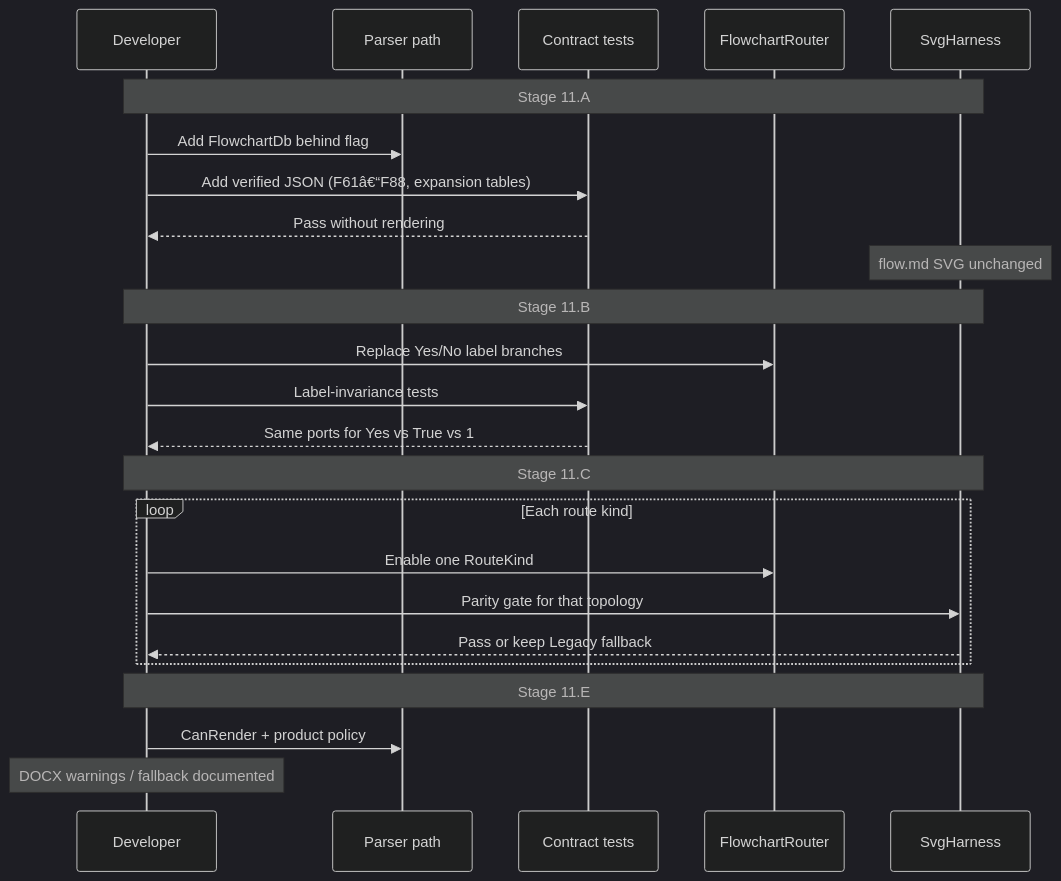
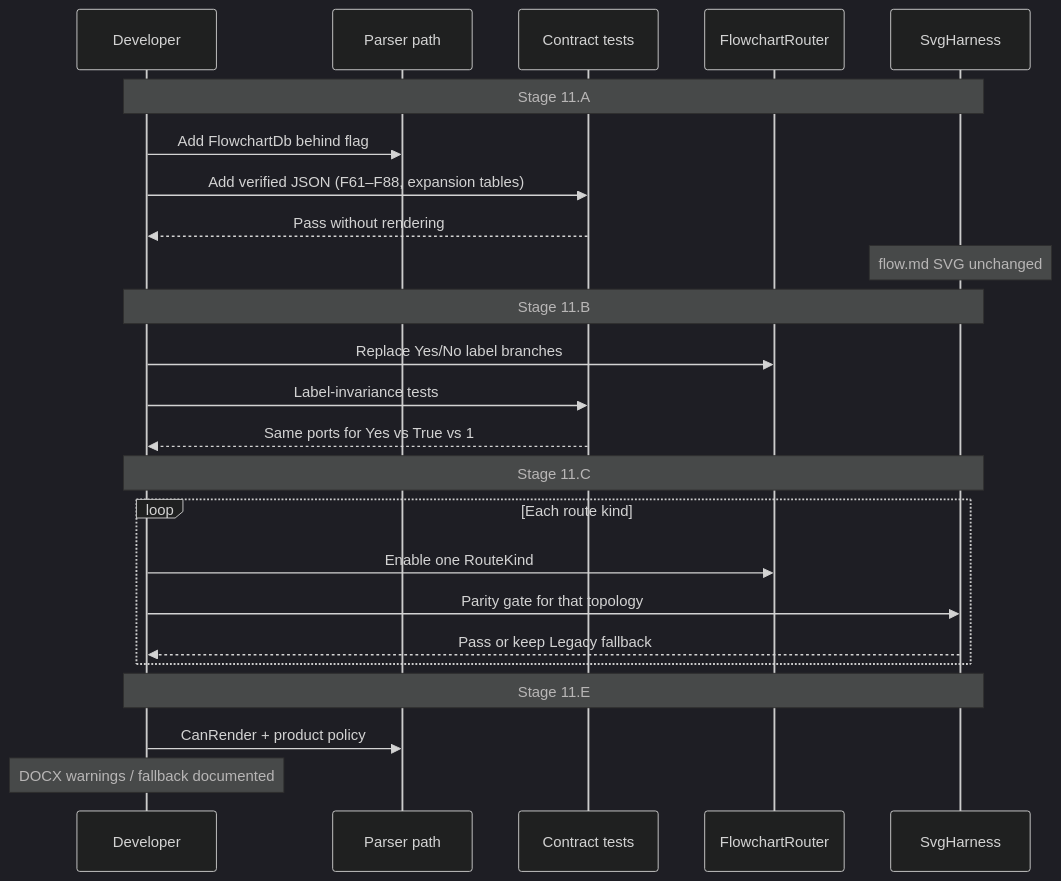
One commit to VaderConsulting/MarkdownToDocX changed the ninth of 12 diagrams in spec.md. Above: the diagram before and after it, drawn with Mermaid (dark theme). The commit also changed other lines of this file and 743 other files, not shown here.

First line of the commit message:
Add multi-kind recognition at L4, native flowchart render pilot, and truthfulness gates.

````diff
--- a/spec.md
+++ b/spec.md
@@ -1888,30 +2382,30 @@
 ```mermaid
 sequenceDiagram
   participant Dev as Developer
   participant Parser as Parser path
   participant Tests as Contract tests
   participant Router as FlowchartRouter
   participant Harness as SvgHarness
 
   Note over Dev,Harness: Stage 11.A
   Dev->>Parser: Add FlowchartDb behind flag
-  Dev->>Tests: Add verified JSON (F61â€“F88, expansion tables)
+  Dev->>Tests: Add verified JSON (F61–F88, expansion tables)
   Tests-->>Dev: Pass without rendering
   Note over Harness: flow.md SVG unchanged
 
   Note over Dev,Harness: Stage 11.B
   Dev->>Router: Replace Yes/No label branches
   Dev->>Tests: Label-invariance tests
   Tests-->>Dev: Same ports for Yes vs True vs 1
 
   Note over Dev,Harness: Stage 11.C
   loop Each route kind
     Dev->>Router: Enable one RouteKind
     Dev->>Harness: Parity gate for that topology
     Harness-->>Dev: Pass or keep Legacy fallback
   end
 
   Note over Dev,Harness: Stage 11.E
   Dev->>Parser: CanRender + product policy
   Note over Dev: DOCX warnings / fallback documented
 ```
````
